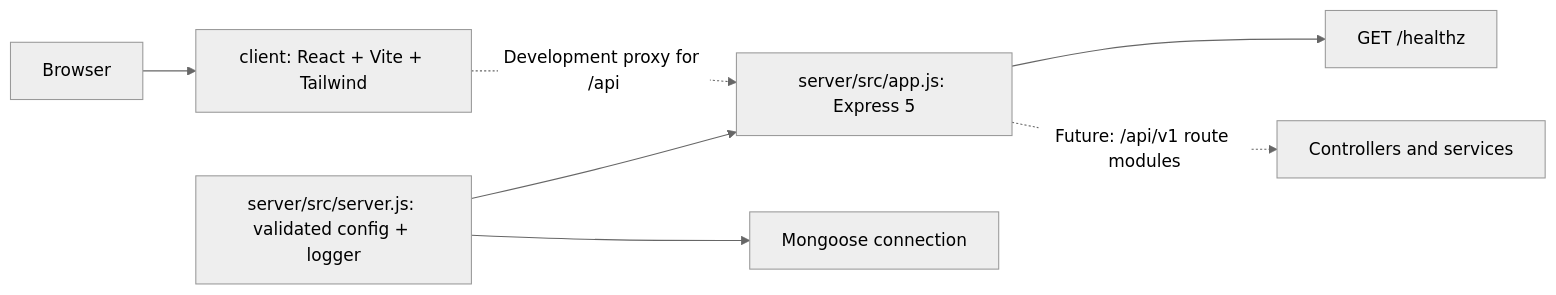
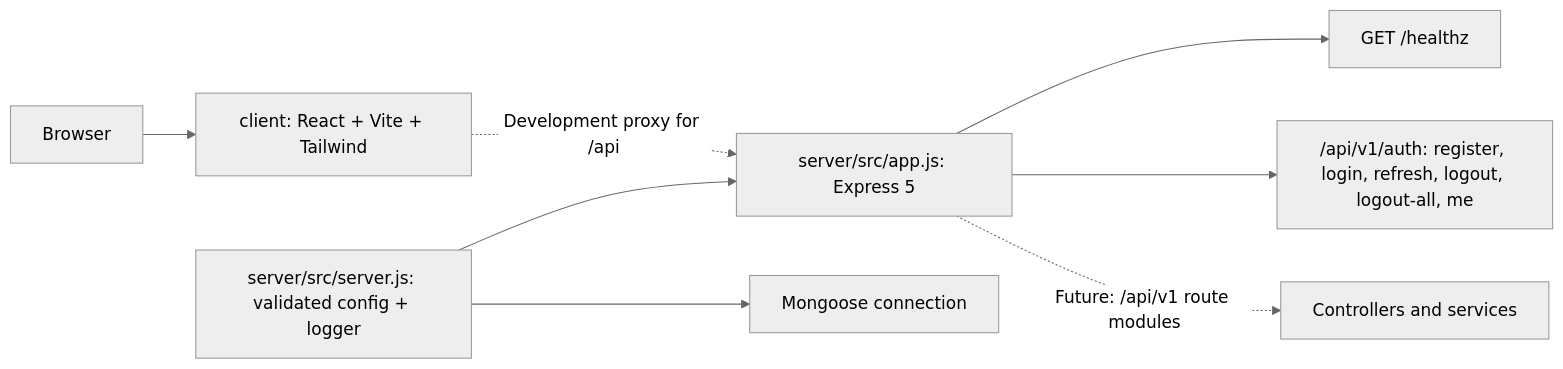
The diagram in docs/architecture.md (bikendra77/ResolveHQ), drawn with Mermaid (neutral theme) before and after one commit. The commit also changed other lines of this file and 25 other files, not shown here.

````diff
--- a/docs/architecture.md
+++ b/docs/architecture.md
@@ -5,9 +5,10 @@
 ```mermaid
 flowchart LR
   Browser --> Client["client: React + Vite + Tailwind"]
   Client -. "Development proxy for /api" .-> App["server/src/app.js: Express 5"]
   Startup["server/src/server.js: validated config + logger"] --> Database["Mongoose connection"]
   Startup --> App
   App --> Health["GET /healthz"]
+  App --> Auth["/api/v1/auth: register, login, refresh, logout, logout-all, me"]
   App -. "Future: /api/v1 route modules" .-> Modules["Controllers and services"]
 ```
````
